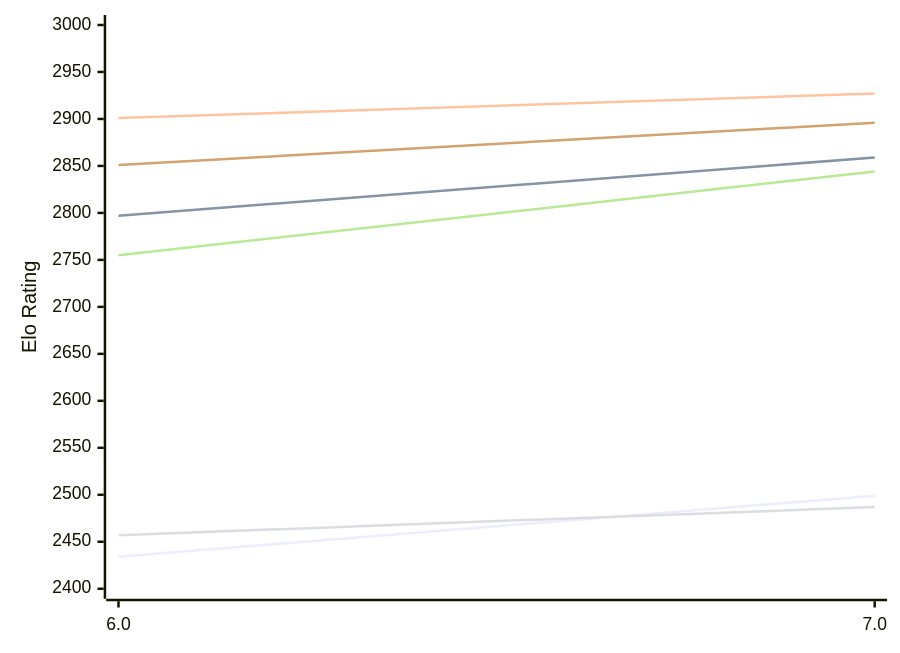
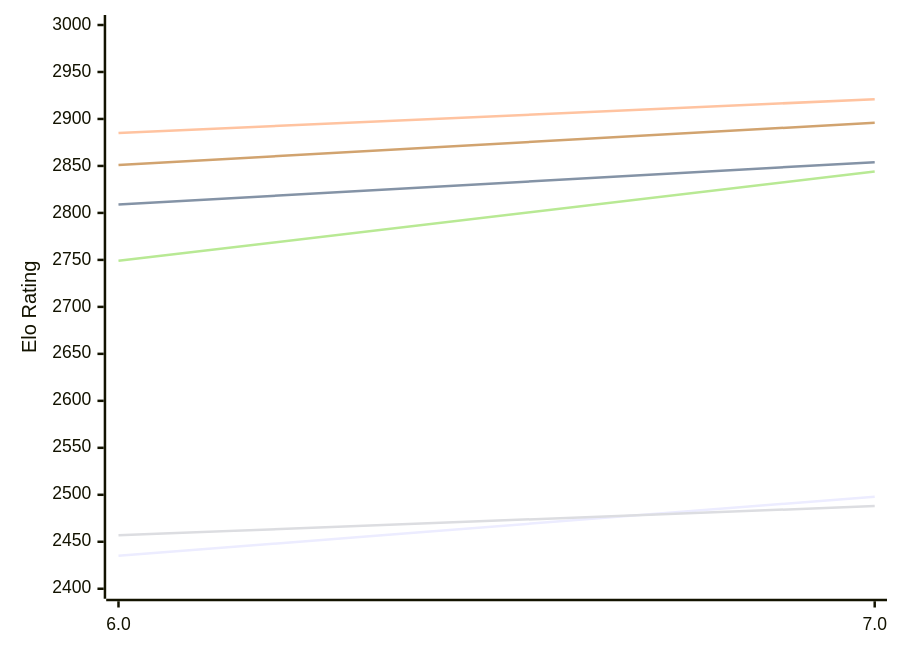
Before and after one commit to computer-chess-index/cci: the first of 2 diagrams in engines/tomitankChess.md, drawn with Mermaid. The commit also changed other lines of this file, not shown here.

Commit message:
Update CCI Ratings (ELO VLTC) - 2026-11-26

````diff
--- a/engines/tomitankChess.md
+++ b/engines/tomitankChess.md
@@ -51,12 +51,12 @@
 ```mermaid
 %%{init: {"theme":"base","themeVariables":{"seriesColors:['#a3a3a3','#222221','#faa371']}}}%%
 xychart-beta
   x-axis ["6.0", "7.0"]
   y-axis "Elo Rating" 2400 --> 3000
-  line "E1: STC (8.0+0.08s)" [2434, 2499]
-  line "E1: LTC (60.0+0.60s)" [2797, 2859]
-  line "E1: VLTC (2m24s+1.12s)" [2901, 2927]
-  line "P1: STC (8.0+0.08s)" [2457, 2487]
-  line "P1: LTC (60.0+0.60s)" [2755, 2844]
+  line "E1: STC (8.0+0.08s)" [2435, 2498]
+  line "E1: LTC (60.0+0.60s)" [2809, 2854]
+  line "E1: VLTC (2m24s+1.12s)" [2885, 2921]
+  line "P1: STC (8.0+0.08s)" [2457, 2488]
+  line "P1: LTC (60.0+0.60s)" [2749, 2844]
   line "P1: VLTC (2m24s+1.12s)" [2851, 2896]
 ```
````
